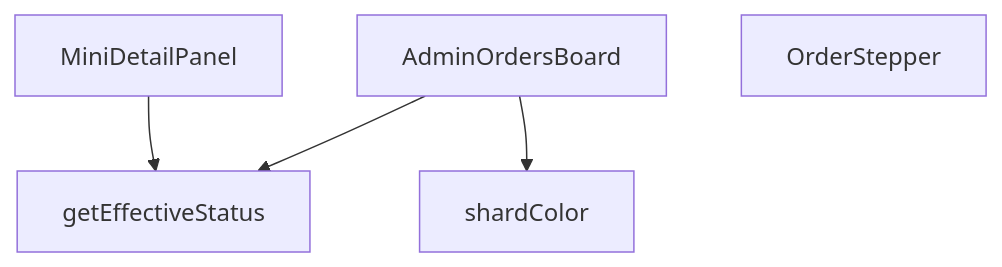
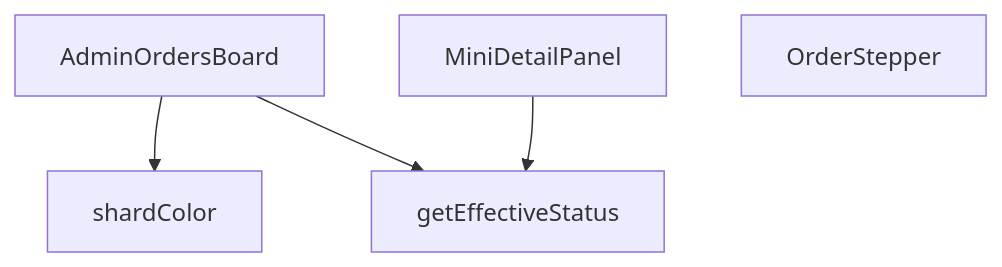
The diagram in src/views/admin/AdminOrdersBoard.md (peckop/venthub-hvac-esite), drawn with Mermaid before and after one commit. The commit also changed other lines of this file and 429 other files, not shown here.

````diff
--- a/src/views/admin/AdminOrdersBoard.md
+++ b/src/views/admin/AdminOrdersBoard.md
@@ -152,11 +235,11 @@
 ```mermaid
 graph TD
     AdminOrdersBoard_tsx__AdminOrdersBoard["AdminOrdersBoard"]
     AdminOrdersBoard_tsx__MiniDetailPanel["MiniDetailPanel"]
     AdminOrdersBoard_tsx__OrderStepper["OrderStepper"]
     AdminOrdersBoard_tsx__getEffectiveStatus["getEffectiveStatus"]
     AdminOrdersBoard_tsx__shardColor["shardColor"]
+    AdminOrdersBoard_tsx__MiniDetailPanel --> AdminOrdersBoard_tsx__getEffectiveStatus
+    AdminOrdersBoard_tsx__AdminOrdersBoard --> AdminOrdersBoard_tsx__shardColor
     AdminOrdersBoard_tsx__AdminOrdersBoard --> AdminOrdersBoard_tsx__getEffectiveStatus
-    AdminOrdersBoard_tsx__AdminOrdersBoard --> AdminOrdersBoard_tsx__shardColor
-    AdminOrdersBoard_tsx__MiniDetailPanel --> AdminOrdersBoard_tsx__getEffectiveStatus
 ```
````
